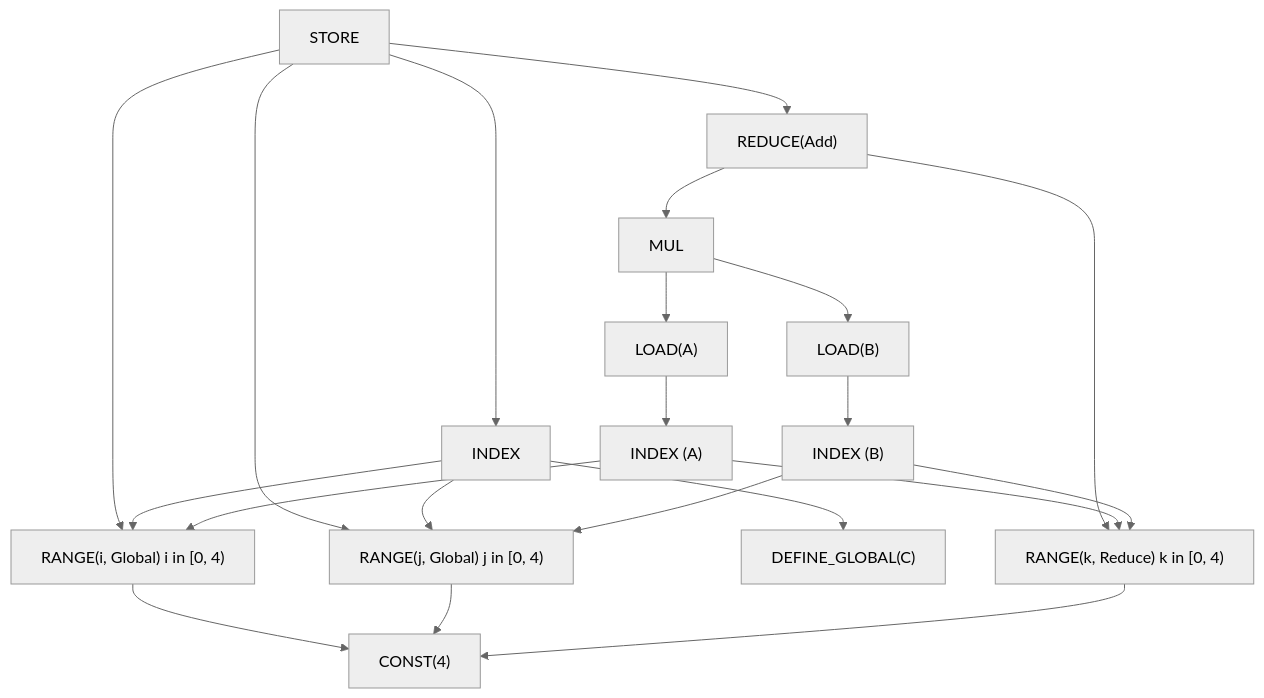
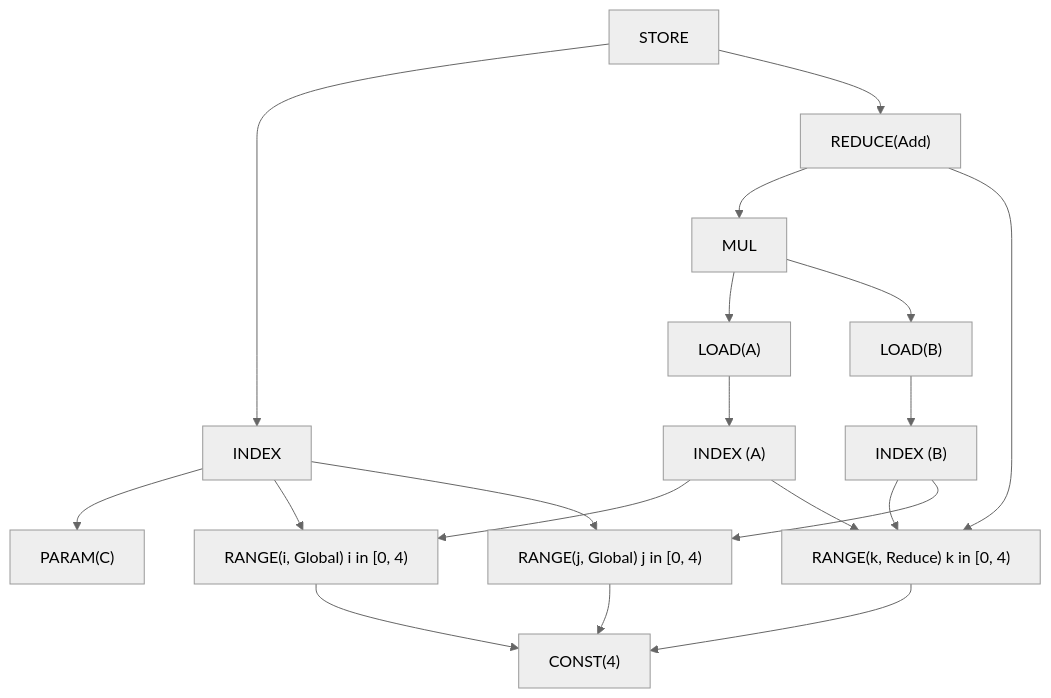
The fifth of 5 diagrams in website/docs/architecture/ir-design.md (npatsakula/morok), drawn with Mermaid (neutral theme) before and after one commit. The commit also changed other lines of this file and 63 other files, not shown here.

First line of the commit message:
[*] docs: verify the architecture chapter against the IR and optimizer

````diff
--- a/website/docs/architecture/ir-design.md
+++ b/website/docs/architecture/ir-design.md
@@ -278,23 +279,21 @@
 ```mermaid
 flowchart TD
   STORE["STORE"] --> IDXC["INDEX"]
   STORE --> RED["REDUCE(Add)"]
-  STORE --> RJ["RANGE(j, Global) j in [0, 4)"]
-  STORE --> RI["RANGE(i, Global) i in [0, 4)"]
-  IDXC --> DG["DEFINE_GLOBAL(C)"]
-  IDXC --> RI
-  IDXC --> RJ
+  IDXC --> DG["PARAM(C)"]
+  IDXC --> RI["RANGE(i, Global) i in [0, 4)"]
+  IDXC --> RJ["RANGE(j, Global) j in [0, 4)"]
   RED --> MUL["MUL"]
   RED --> RK["RANGE(k, Reduce) k in [0, 4)"]
   MUL --> LA["LOAD(A)"]
   MUL --> LB["LOAD(B)"]
   LA --> IDXA["INDEX (A)"]
   IDXA --> RI
   IDXA --> RK
   LB --> IDXB["INDEX (B)"]
   IDXB --> RK
   IDXB --> RJ
   RI --> C4["CONST(4)"]
   RJ --> C4
   RK --> C4
 ```
````
